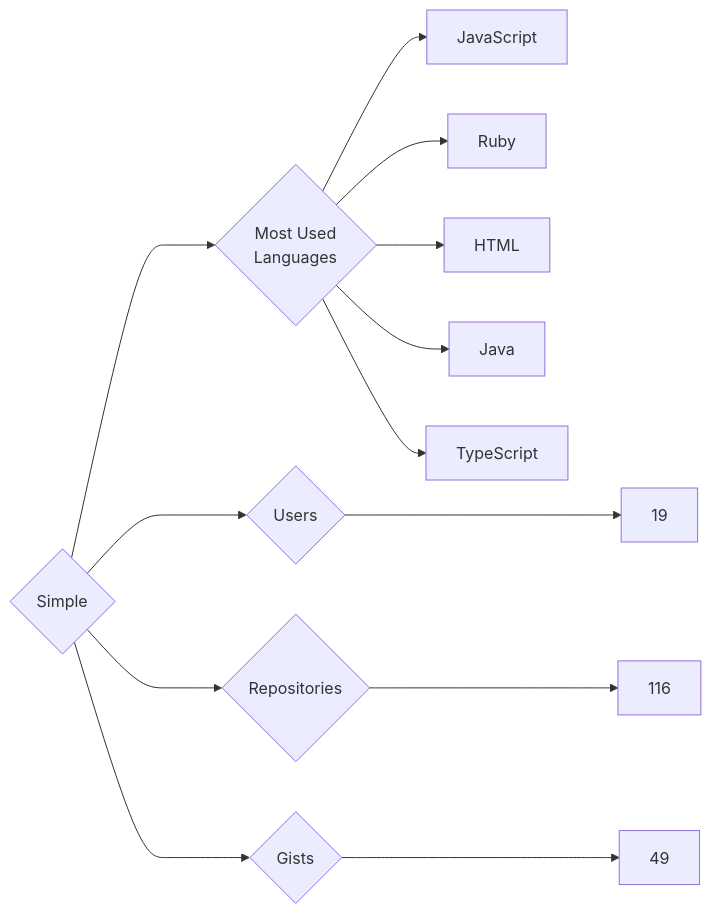
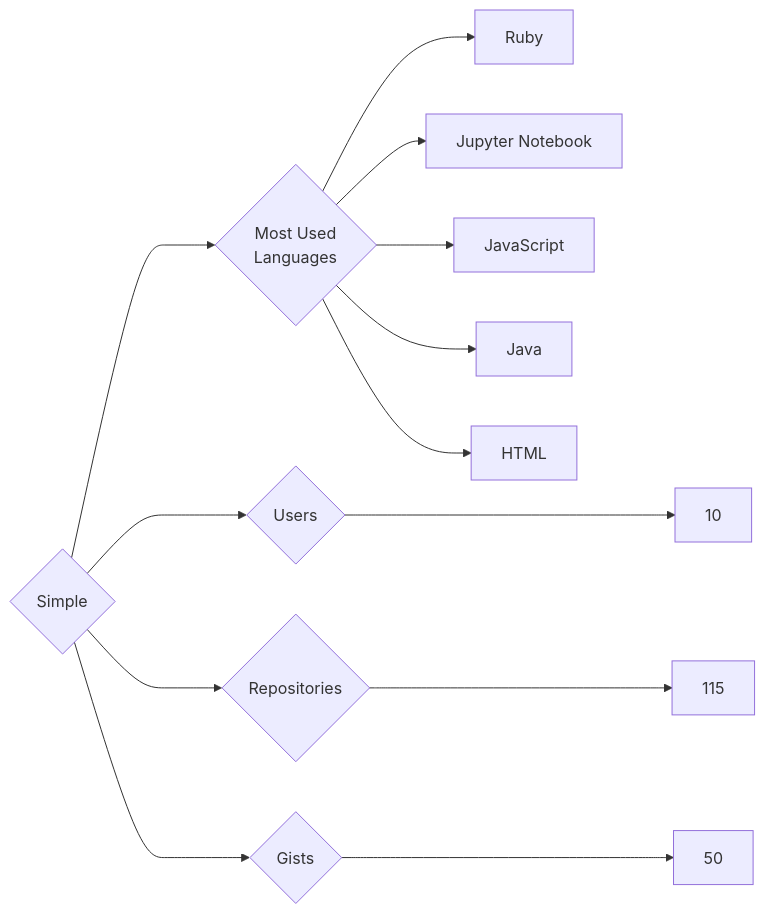
The diagram in targets/Simple/README.md (trickest/insiders), drawn with Mermaid before and after one commit. The commit also changed 877 other files, not shown here.

````diff
--- a/targets/Simple/README.md
+++ b/targets/Simple/README.md
@@ -3,13 +3,13 @@
 ```mermaid
 graph LR
 COMPANY_NAME{Simple}
-COMPANY_NAME ---> U{Users} ---> UN[19]
-COMPANY_NAME ---> R{Repositories} ---> RN[116]
-COMPANY_NAME ---> G{Gists} ---> GN[49]
+COMPANY_NAME ---> U{Users} ---> UN[10]
+COMPANY_NAME ---> R{Repositories} ---> RN[115]
+COMPANY_NAME ---> G{Gists} ---> GN[50]
 COMPANY_NAME ---> ML{Most Used<br>Languages}
+ML --> Ruby[Ruby]
+ML --> Jupyter_Notebook[Jupyter Notebook]
 ML --> JavaScript[JavaScript]
-ML --> Ruby[Ruby]
+ML --> Java[Java]
 ML --> HTML[HTML]
-ML --> Java[Java]
-ML --> TypeScript[TypeScript]
 ```
````
